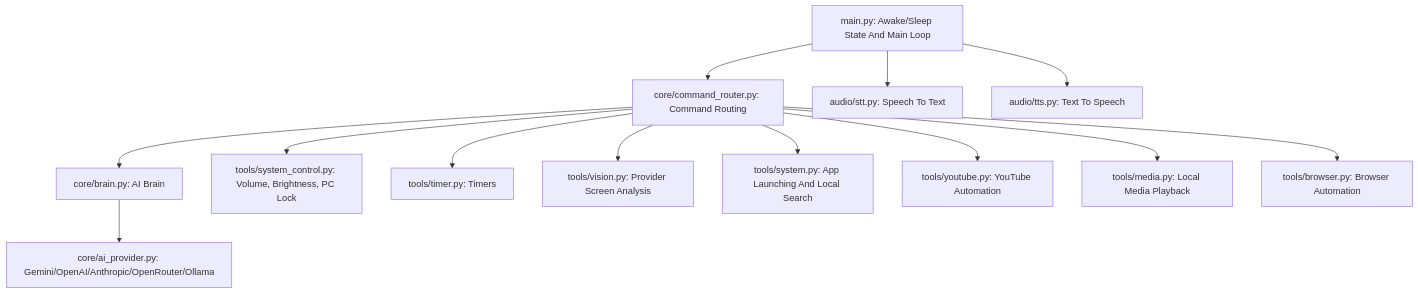
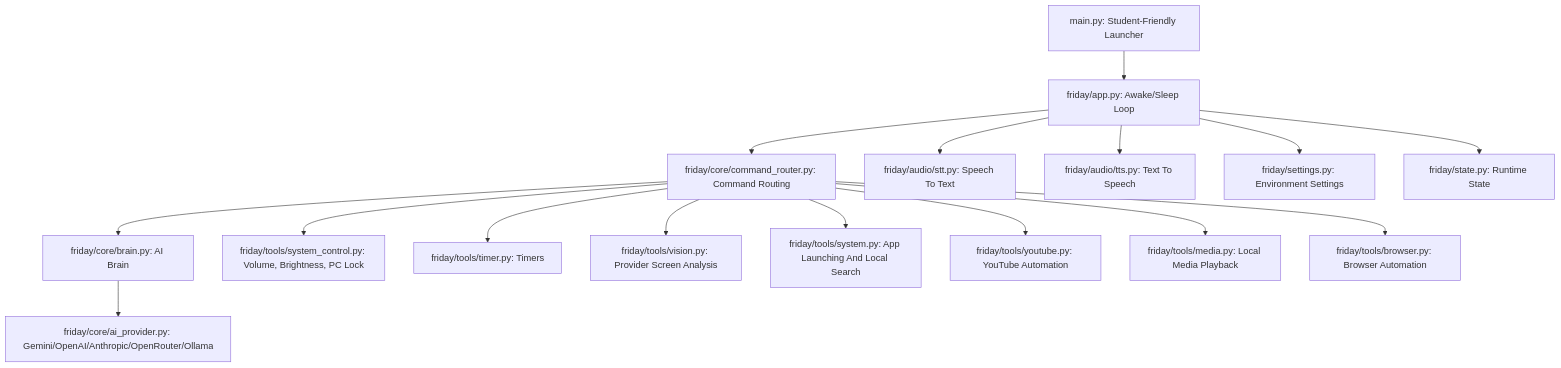
The diagram in README.md (AbuBakar223200/Friday), drawn with Mermaid before and after one commit. The commit also changed 28 other files, not shown here.

Commit message:
Package Friday app source

````diff
--- a/README.md
+++ b/README.md
@@ -109,17 +109,21 @@
 ```mermaid
 graph TD
-    A[main.py: Awake/Sleep State And Main Loop] --> B[core/command_router.py: Command Routing]
-    B --> C[core/brain.py: AI Brain]
-    C --> M[core/ai_provider.py: Gemini/OpenAI/Anthropic/OpenRouter/Ollama]
+    A[main.py: Student-Friendly Launcher] --> APP[friday/app.py: Awake/Sleep Loop]
+    APP --> B[friday/core/command_router.py: Command Routing]
+    B --> C[friday/core/brain.py: AI Brain]
+    C --> M[friday/core/ai_provider.py: Gemini/OpenAI/Anthropic/OpenRouter/Ollama]
 
-    A --> D[audio/stt.py: Speech To Text]
-    A --> E[audio/tts.py: Text To Speech]
+    APP --> D[friday/audio/stt.py: Speech To Text]
+    APP --> E[friday/audio/tts.py: Text To Speech]
 
-    B --> F[tools/system_control.py: Volume, Brightness, PC Lock]
-    B --> G[tools/timer.py: Timers]
-    B --> H[tools/vision.py: Provider Screen Analysis]
-    B --> I[tools/system.py: App Launching And Local Search]
-    B --> J[tools/youtube.py: YouTube Automation]
-    B --> K[tools/media.py: Local Media Playback]
-    B --> L[tools/browser.py: Browser Automation]
+    B --> F[friday/tools/system_control.py: Volume, Brightness, PC Lock]
+    B --> G[friday/tools/timer.py: Timers]
+    B --> H[friday/tools/vision.py: Provider Screen Analysis]
+    B --> I[friday/tools/system.py: App Launching And Local Search]
+    B --> J[friday/tools/youtube.py: YouTube Automation]
+    B --> K[friday/tools/media.py: Local Media Playback]
+    B --> L[friday/tools/browser.py: Browser Automation]
+
+    APP --> S[friday/settings.py: Environment Settings]
+    APP --> T[friday/state.py: Runtime State]
 ```
````
